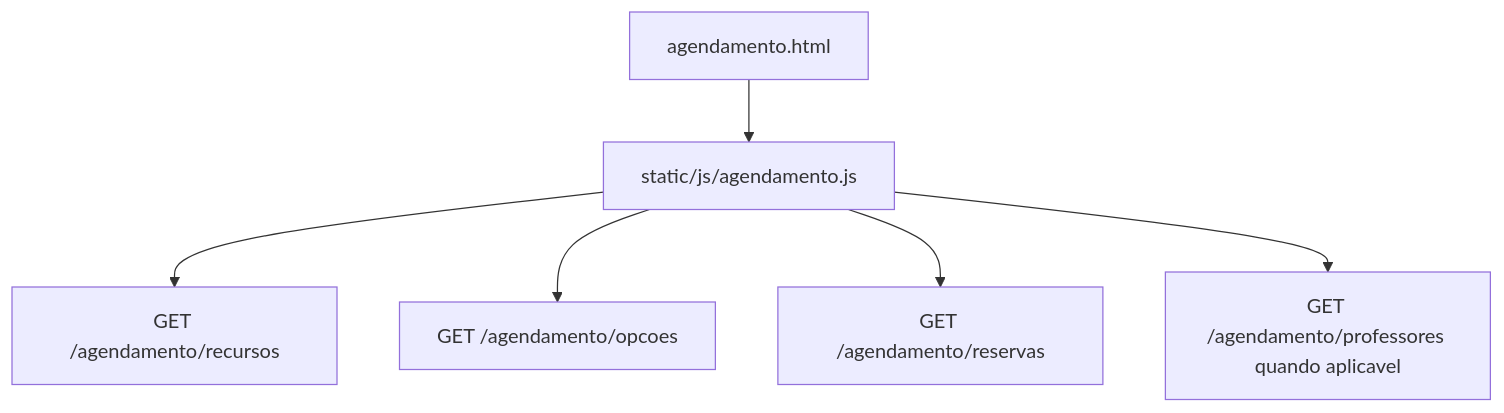
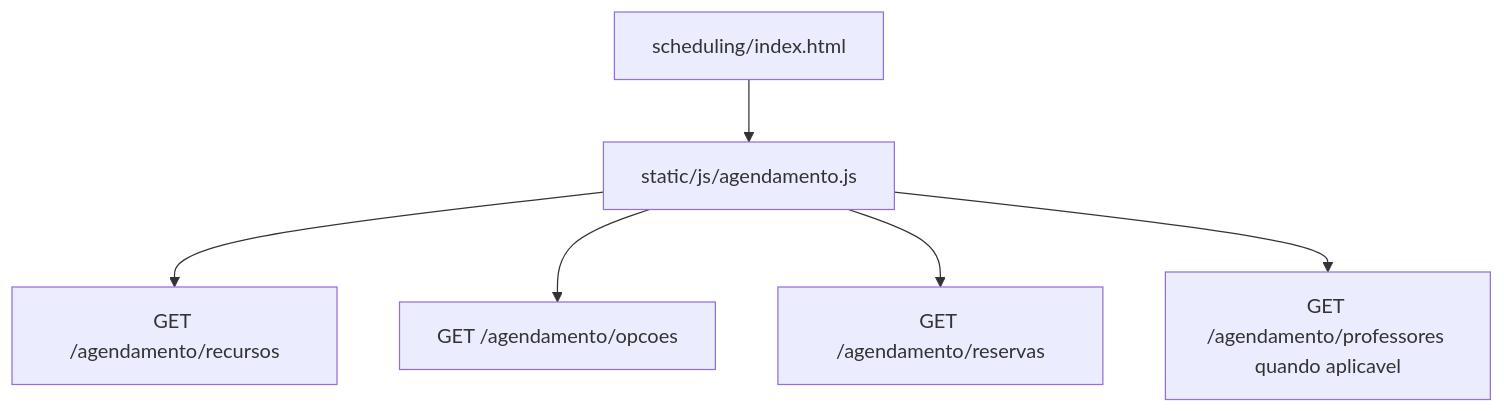
Before and after one commit to lucaoverso/impress: the second of 9 diagrams in docs/06-fluxos/agendamento.md, drawn with Mermaid. The commit also changed other lines of this file and 157 other files, not shown here.

````diff
--- a/docs/06-fluxos/agendamento.md
+++ b/docs/06-fluxos/agendamento.md
@@ -39,8 +39,8 @@
 ```mermaid
 flowchart TD
-    Tela[agendamento.html] --> JS[static/js/agendamento.js]
+    Tela[scheduling/index.html] --> JS[static/js/agendamento.js]
     JS --> Recursos[GET /agendamento/recursos]
     JS --> Opcoes[GET /agendamento/opcoes]
     JS --> Reservas[GET /agendamento/reservas]
     JS --> Professores[GET /agendamento/professores quando aplicavel]
 ```
````
